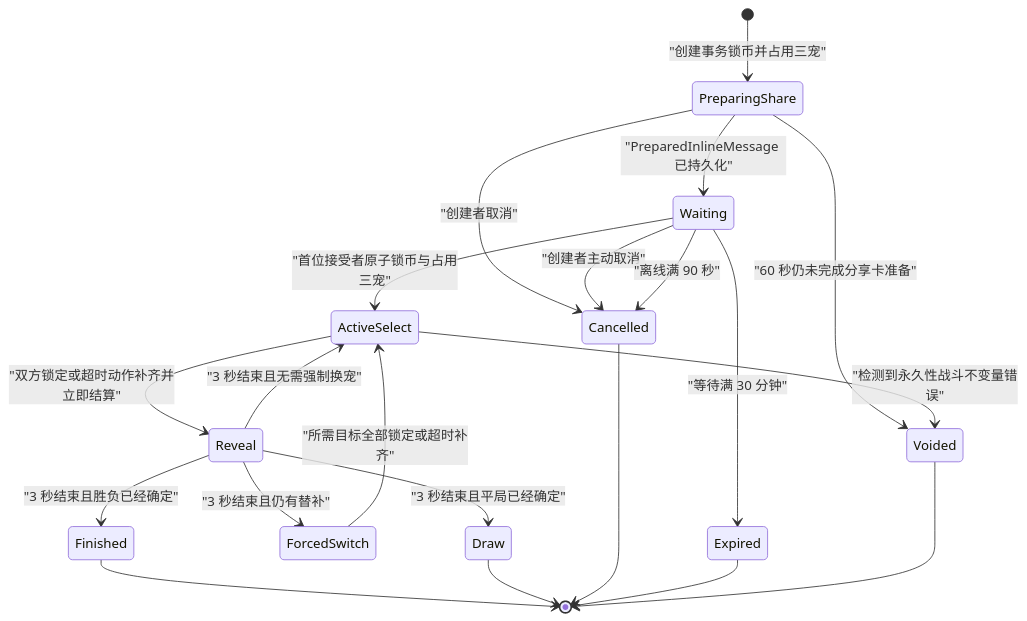
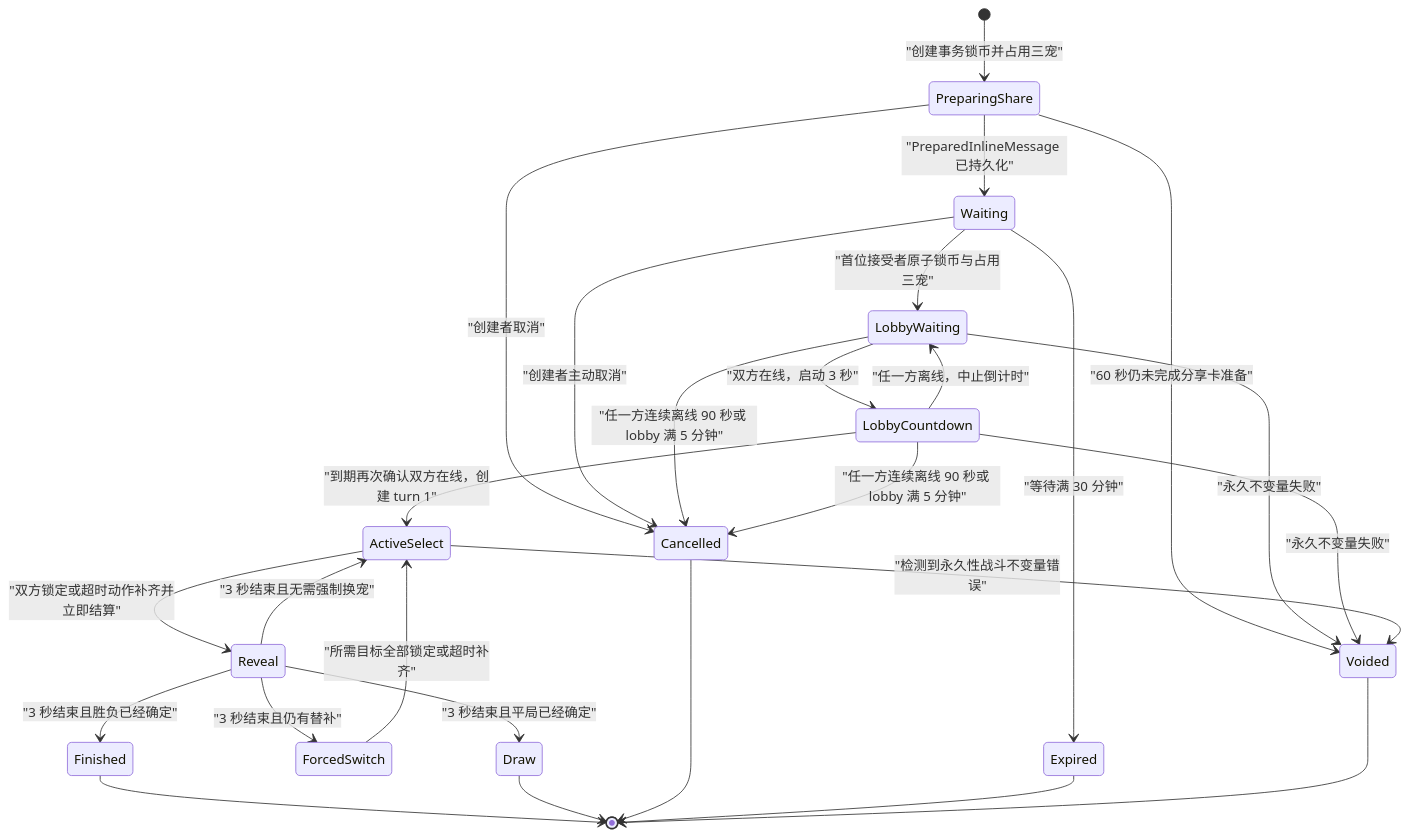
The first of 2 diagrams in Battle功能开发方案.md (Gitgoogoo-source/FinalTMA), drawn with Mermaid before and after one commit. The commit also changed other lines of this file and 38 other files, not shown here.

````diff
--- a/Battle功能开发方案.md
+++ b/Battle功能开发方案.md
@@ -390,27 +393,34 @@
 ```mermaid
 stateDiagram-v2
     [*] --> PreparingShare: "创建事务锁币并占用三宠"
     PreparingShare --> Waiting: "PreparedInlineMessage 已持久化"
     PreparingShare --> Cancelled: "创建者取消"
     PreparingShare --> Voided: "60 秒仍未完成分享卡准备"
 
-    Waiting --> ActiveSelect: "首位接受者原子锁币与占用三宠"
+    Waiting --> LobbyWaiting: "首位接受者原子锁币与占用三宠"
     Waiting --> Cancelled: "创建者主动取消"
-    Waiting --> Cancelled: "离线满 90 秒"
     Waiting --> Expired: "等待满 30 分钟"
+
+    LobbyWaiting --> LobbyCountdown: "双方在线，启动 3 秒"
+    LobbyCountdown --> LobbyWaiting: "任一方离线，中止倒计时"
+    LobbyCountdown --> ActiveSelect: "到期再次确认双方在线，创建 turn 1"
+    LobbyWaiting --> Cancelled: "任一方连续离线 90 秒或 lobby 满 5 分钟"
+    LobbyCountdown --> Cancelled: "任一方连续离线 90 秒或 lobby 满 5 分钟"
+    LobbyWaiting --> Voided: "永久不变量失败"
+    LobbyCountdown --> Voided: "永久不变量失败"
 
     ActiveSelect --> Reveal: "双方锁定或超时动作补齐并立即结算"
     Reveal --> ActiveSelect: "3 秒结束且无需强制换宠"
     Reveal --> ForcedSwitch: "3 秒结束且仍有替补"
     Reveal --> Finished: "3 秒结束且胜负已经确定"
     Reveal --> Draw: "3 秒结束且平局已经确定"
     ForcedSwitch --> ActiveSelect: "所需目标全部锁定或超时补齐"
 
     ActiveSelect --> Voided: "检测到永久性战斗不变量错误"
 
     Finished --> [*]
     Draw --> [*]
     Cancelled --> [*]
     Expired --> [*]
     Voided --> [*]
 ```
````
